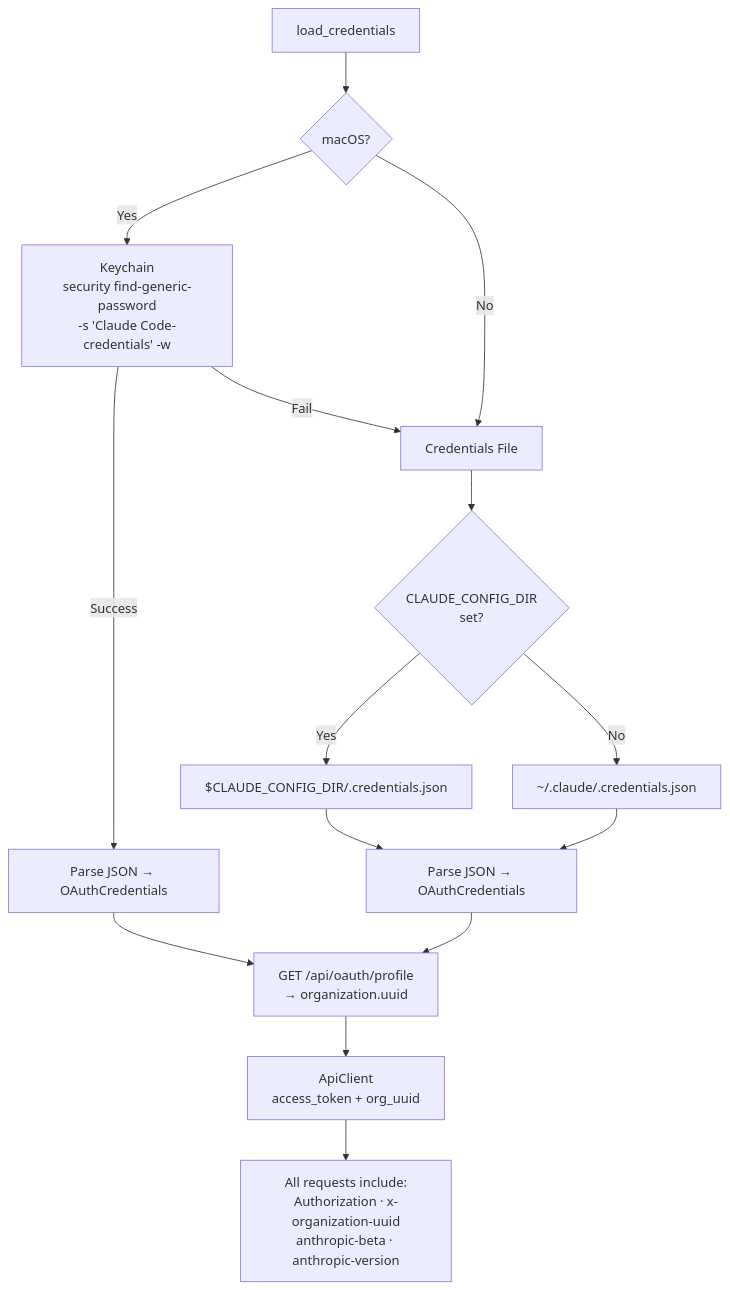
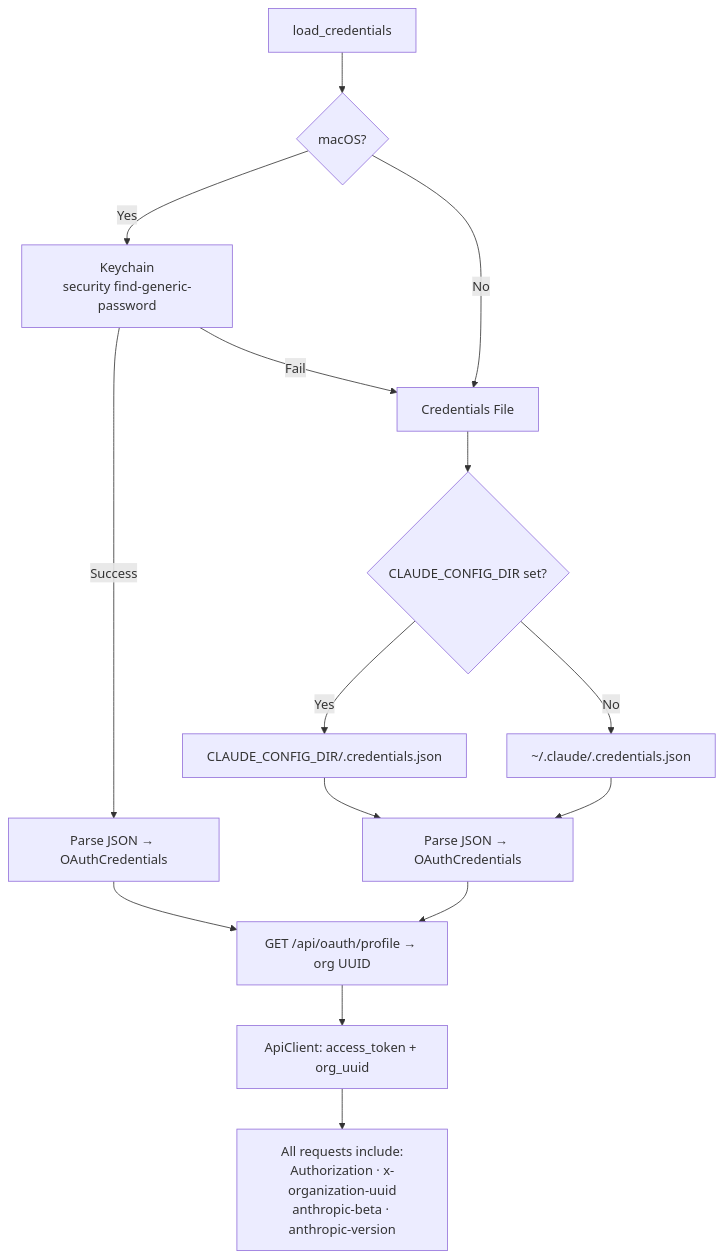
Before and after one commit to N3mes1s/claude-teleport-analyzer: the second of 5 diagrams in ARCHITECTURE.md, drawn with Mermaid. The commit also changed other lines of this file, not shown here.

Commit message:
Fix Mermaid diagram syntax errors in ARCHITECTURE.md
Quote node labels containing braces and special characters that
Mermaid was interpreting as shape syntax.

````diff
--- a/ARCHITECTURE.md
+++ b/ARCHITECTURE.md
@@ -20,17 +20,17 @@
 ```mermaid
 flowchart TD
     Start[load_credentials] --> IsMac{macOS?}
-    IsMac -->|Yes| Keychain[Keychain<br/>security find-generic-password<br/>-s 'Claude Code-credentials' -w]
-    Keychain -->|Success| Parse1[Parse JSON → OAuthCredentials]
+    IsMac -->|Yes| Keychain["Keychain<br/>security find-generic-password"]
+    Keychain -->|Success| Parse1["Parse JSON → OAuthCredentials"]
     Keychain -->|Fail| File
     IsMac -->|No| File[Credentials File]
-    File --> EnvCheck{CLAUDE_CONFIG_DIR<br/>set?}
-    EnvCheck -->|Yes| Custom["$CLAUDE_CONFIG_DIR/.credentials.json"]
+    File --> EnvCheck{"CLAUDE_CONFIG_DIR set?"}
+    EnvCheck -->|Yes| Custom["CLAUDE_CONFIG_DIR/.credentials.json"]
     EnvCheck -->|No| Default["~/.claude/.credentials.json"]
-    Custom --> Parse2[Parse JSON → OAuthCredentials]
+    Custom --> Parse2["Parse JSON → OAuthCredentials"]
     Default --> Parse2
-    Parse1 --> FetchOrg[GET /api/oauth/profile<br/>→ organization.uuid]
+    Parse1 --> FetchOrg["GET /api/oauth/profile → org UUID"]
     Parse2 --> FetchOrg
-    FetchOrg --> ApiClient[ApiClient<br/>access_token + org_uuid]
-    ApiClient --> Headers[All requests include:<br/>Authorization · x-organization-uuid<br/>anthropic-beta · anthropic-version]
+    FetchOrg --> ApiClient["ApiClient: access_token + org_uuid"]
+    ApiClient --> Headers["All requests include:<br/>Authorization · x-organization-uuid<br/>anthropic-beta · anthropic-version"]
 ```
````
